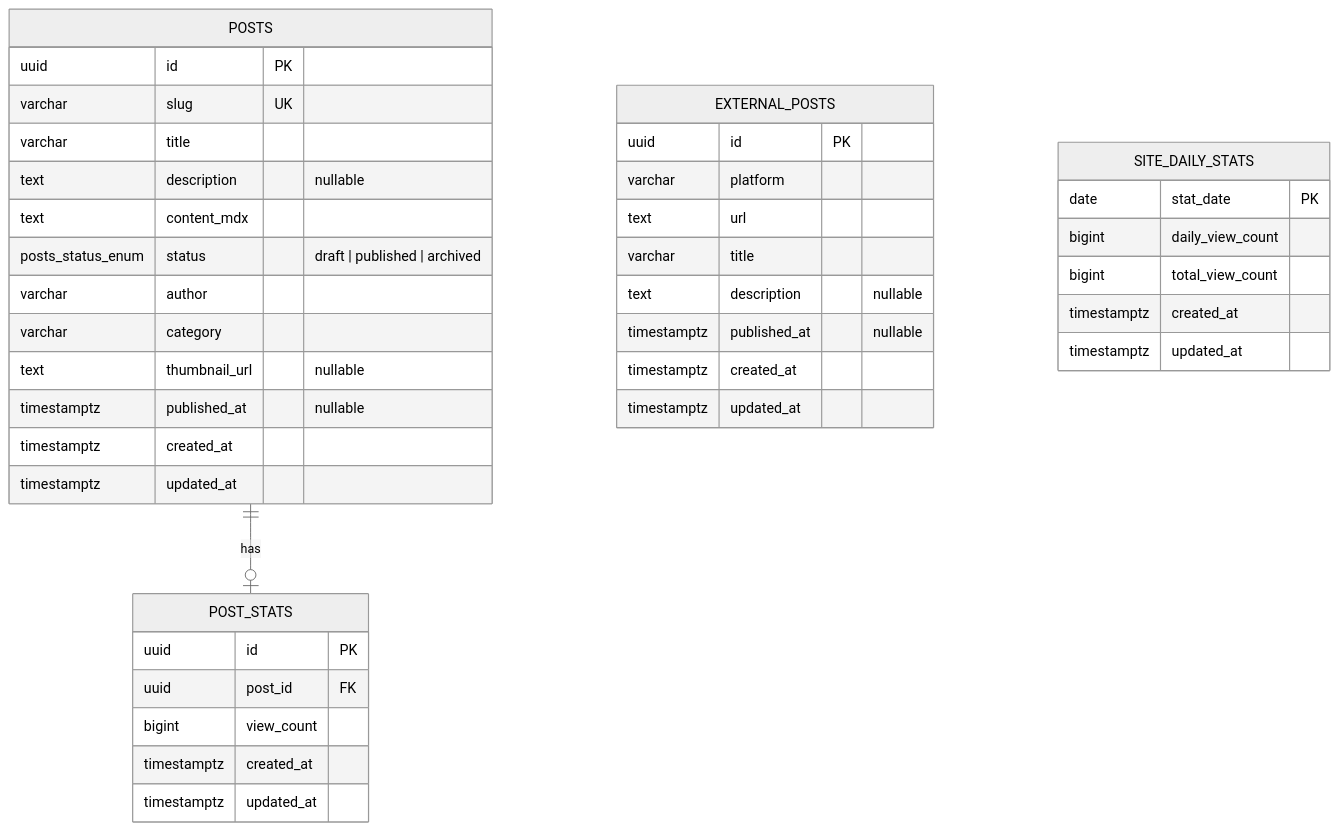
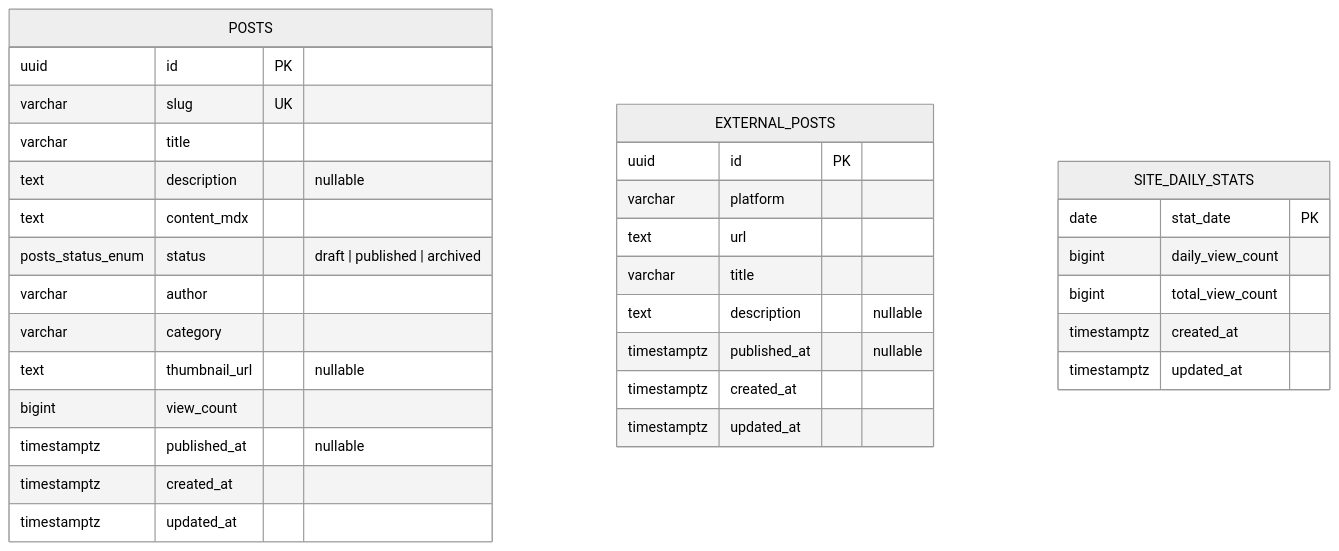
Before and after one commit to BangDori/bangdori-blog: the diagram in apps/server/docs/cms-db-erd.md, drawn with Mermaid (neutral theme). The commit also changed other lines of this file and 2 other files, not shown here.

Commit message:
feat(server): posts 조회수 컬럼 추가

````diff
--- a/apps/server/docs/cms-db-erd.md
+++ b/apps/server/docs/cms-db-erd.md
@@ -7,46 +7,37 @@
 ```mermaid
 erDiagram
     POSTS {
         uuid id PK
         varchar slug UK
         varchar title
         text description "nullable"
         text content_mdx
         posts_status_enum status "draft | published | archived"
         varchar author
         varchar category
         text thumbnail_url "nullable"
+        bigint view_count
         timestamptz published_at "nullable"
         timestamptz created_at
         timestamptz updated_at
     }
 
     EXTERNAL_POSTS {
         uuid id PK
         varchar platform
         text url
         varchar title
         text description "nullable"
         timestamptz published_at "nullable"
         timestamptz created_at
         timestamptz updated_at
     }
 
-    POST_STATS {
-        uuid id PK
-        uuid post_id FK
-        bigint view_count
-        timestamptz created_at
-        timestamptz updated_at
-    }
-
     SITE_DAILY_STATS {
         date stat_date PK
         bigint daily_view_count
         bigint total_view_count
         timestamptz created_at
         timestamptz updated_at
     }
-
-    POSTS ||--o| POST_STATS : has
 ```
````
